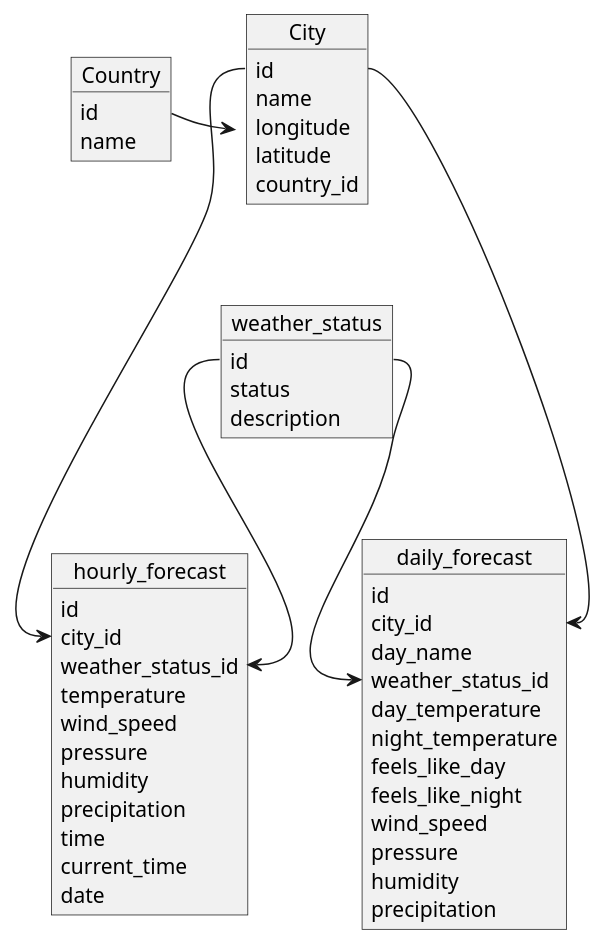
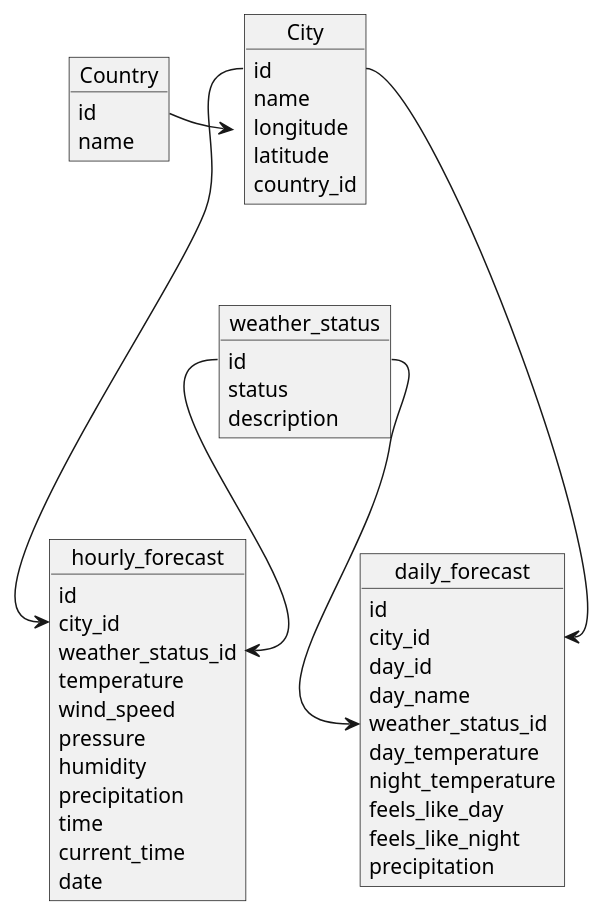
The diagram in db.puml (MaksymAndreiev/Weather-App), drawn with PlantUML before and after one commit.

Commit message:
Update database schema

```diff
--- a/db.puml
+++ b/db.puml
@@ -1,59 +1,57 @@
 @startuml
 'https://plantuml.com/object-diagram
 
 object City {
     id
     name
     longitude
     latitude
     country_id
 }
 
 object Country {
     id
     name
 }
 
 object weather_status {
     id
     status
     description
 }
 
 object hourly_forecast{
     id
     city_id
     weather_status_id
     temperature
     wind_speed
     pressure
     humidity
     precipitation
     time
     current_time
     date
 }
 
 object daily_forecast{
     id
     city_id
+    day_id
     day_name
     weather_status_id
     day_temperature
     night_temperature
     feels_like_day
     feels_like_night
-    wind_speed
-    pressure
-    humidity
     precipitation
 }
 
 Country::id -> City::c
 City::id ---> hourly_forecast::city_id
 City::id ---> daily_forecast::city_id
 weather_status::id --> hourly_forecast::weather_status_id
 weather_status::id --> daily_forecast::weather_status_id
 
 
 @enduml
```
